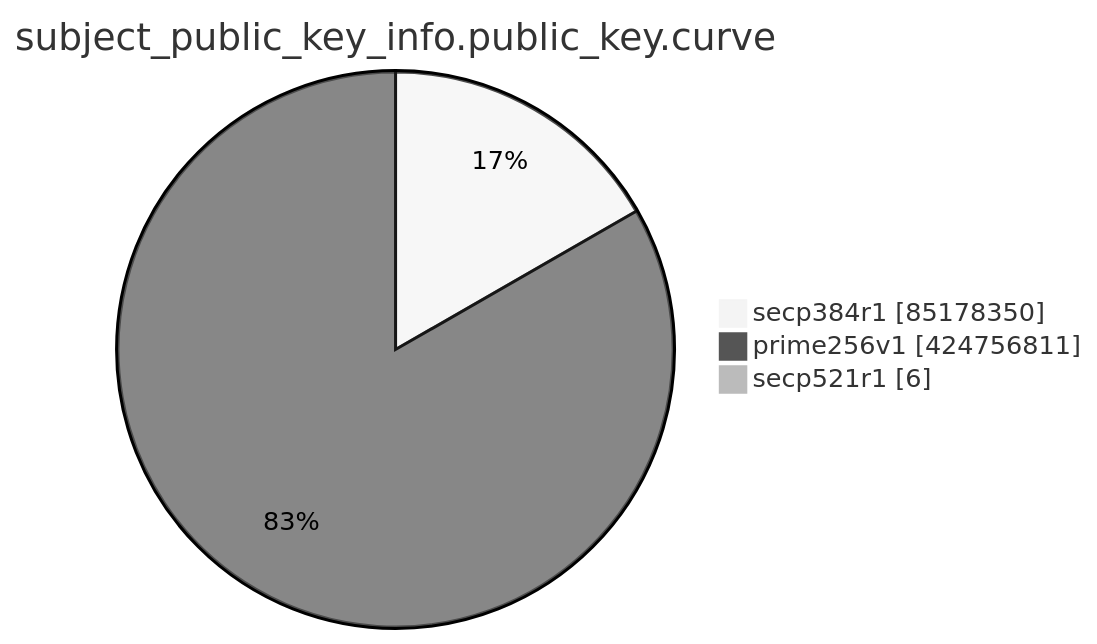
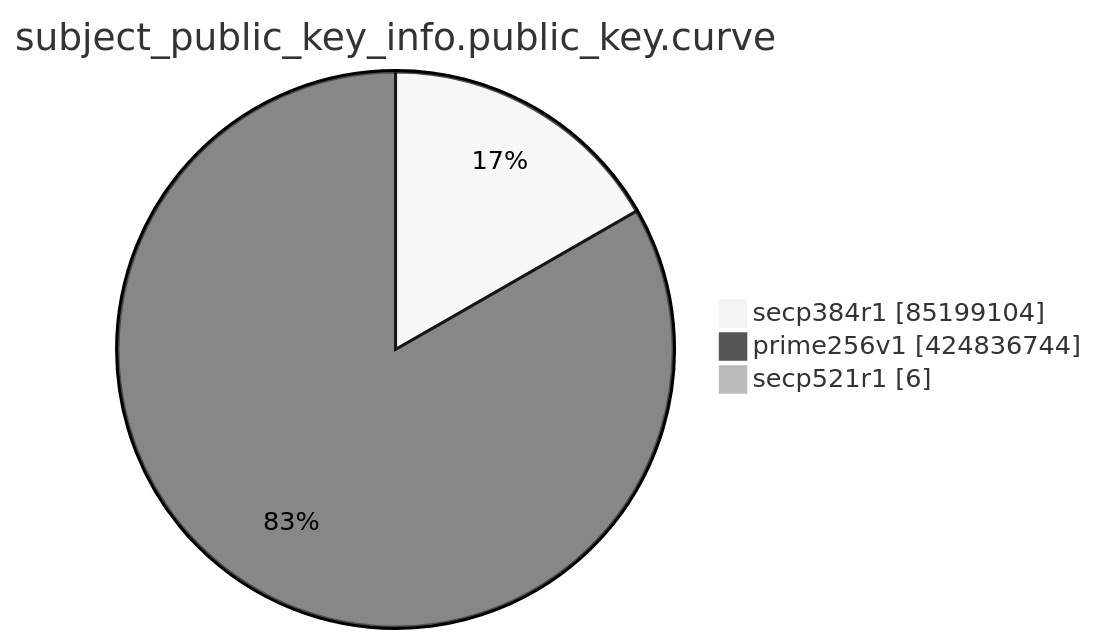
Before and after one commit to christiankrug/ctmonitor_visualization: the eighth of 15 diagrams in TOTAL/README.md, drawn with Mermaid (neutral theme). The commit also changed other lines of this file, not shown here.

````diff
--- a/TOTAL/README.md
+++ b/TOTAL/README.md
@@ -3100,7 +3100,7 @@
 ```mermaid
 pie showData
 title subject_public_key_info.public_key.curve
-"secp384r1" :85178350
-"prime256v1" :424756811
+"secp384r1" :85199104
+"prime256v1" :424836744
 "secp521r1" :6
 ```
````
